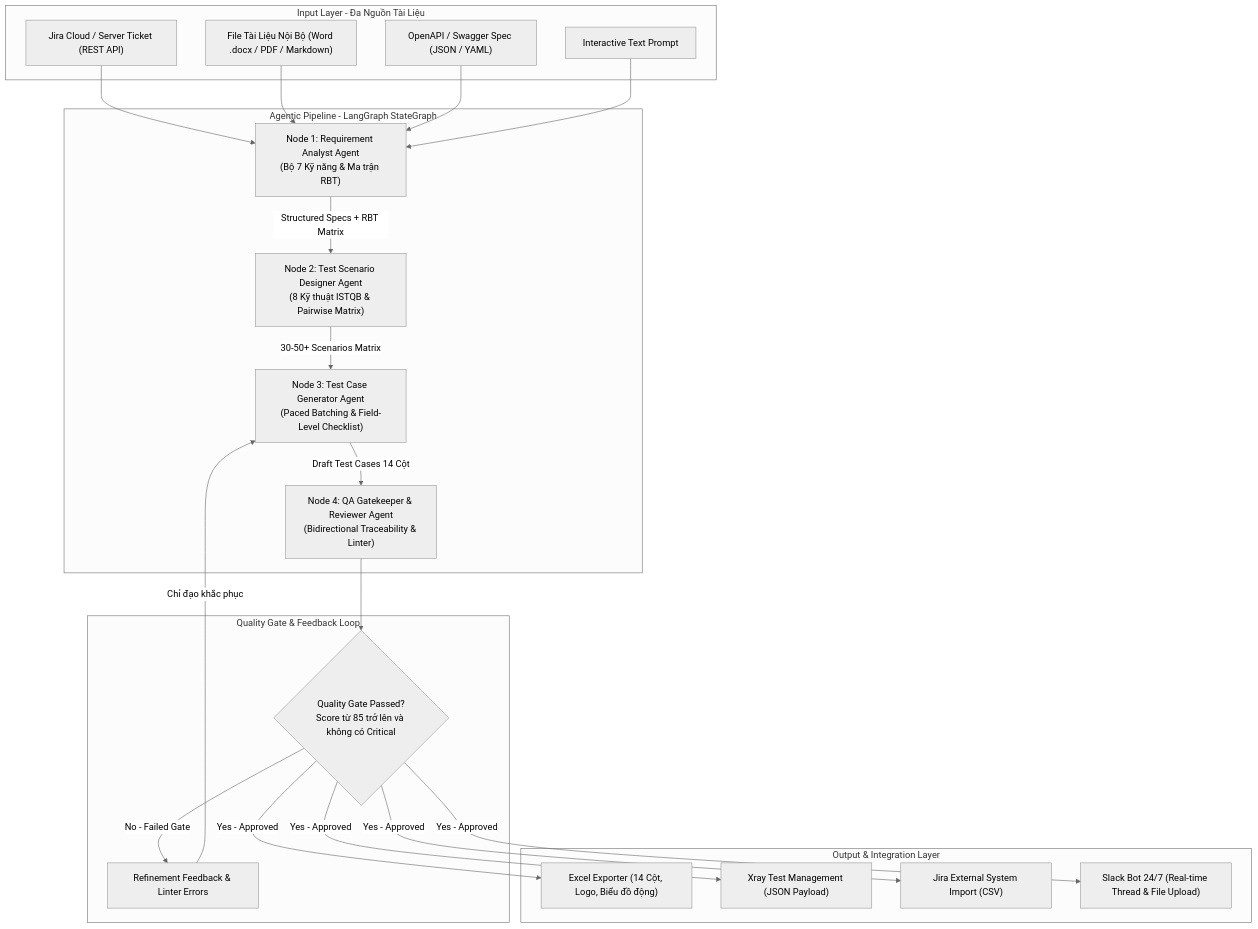
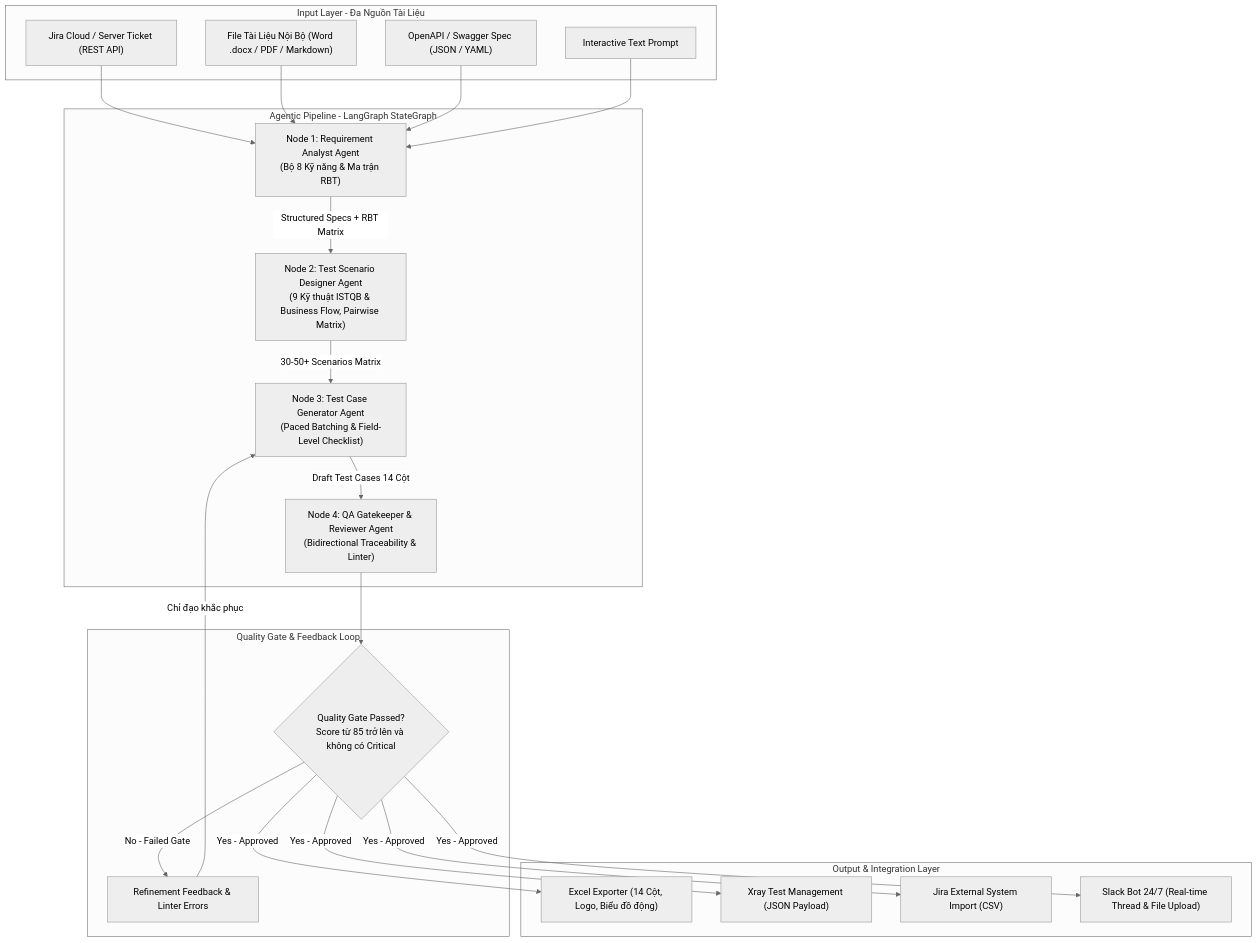
One commit to gary1633/qa-ai-gen-testcase changed the first of 7 diagrams in docs/system_architecture_charts.md. Above: the diagram before and after it, drawn with Mermaid (neutral theme). The commit also changed other lines of this file and 23 other files, not shown here.

````diff
--- a/docs/system_architecture_charts.md
+++ b/docs/system_architecture_charts.md
@@ -11,45 +11,45 @@
 ```mermaid
 flowchart TD
     subgraph Input_Layer ["Input Layer - Đa Nguồn Tài Liệu"]
         I1["Jira Cloud / Server Ticket (REST API)"]
         I2["File Tài Liệu Nội Bộ (Word .docx / PDF / Markdown)"]
         I3["OpenAPI / Swagger Spec (JSON / YAML)"]
         I4["Interactive Text Prompt"]
     end
 
     subgraph Agentic_Pipeline ["Agentic Pipeline - LangGraph StateGraph"]
-        A1["Node 1: Requirement Analyst Agent<br/>(Bộ 7 Kỹ năng & Ma trận RBT)"]
-        A2["Node 2: Test Scenario Designer Agent<br/>(8 Kỹ thuật ISTQB & Pairwise Matrix)"]
+        A1["Node 1: Requirement Analyst Agent<br/>(Bộ 8 Kỹ năng & Ma trận RBT)"]
+        A2["Node 2: Test Scenario Designer Agent<br/>(9 Kỹ thuật ISTQB & Business Flow, Pairwise Matrix)"]
         A3["Node 3: Test Case Generator Agent<br/>(Paced Batching & Field-Level Checklist)"]
         A4["Node 4: QA Gatekeeper & Reviewer Agent<br/>(Bidirectional Traceability & Linter)"]
     end
 
     subgraph Quality_Gate_Section ["Quality Gate & Feedback Loop"]
         QG{"Quality Gate Passed?<br/>Score từ 85 trở lên và không có Critical"}
         FB["Refinement Feedback & Linter Errors"]
     end
 
     subgraph Output_Layer ["Output & Integration Layer"]
         O1["Excel Exporter (14 Cột, Logo, Biểu đồ động)"]
         O2["Xray Test Management (JSON Payload)"]
         O3["Jira External System Import (CSV)"]
         O4["Slack Bot 24/7 (Real-time Thread & File Upload)"]
     end
 
     I1 --> A1
     I2 --> A1
     I3 --> A1
     I4 --> A1
 
     A1 -->|Structured Specs + RBT Matrix| A2
     A2 -->|30-50+ Scenarios Matrix| A3
     A3 -->|Draft Test Cases 14 Cột| A4
     A4 --> QG
 
     QG -->|No - Failed Gate| FB
     FB -->|Chỉ đạo khắc phục| A3
     QG -->|Yes - Approved| O1
     QG -->|Yes - Approved| O2
     QG -->|Yes - Approved| O3
     QG -->|Yes - Approved| O4
 ```
````
